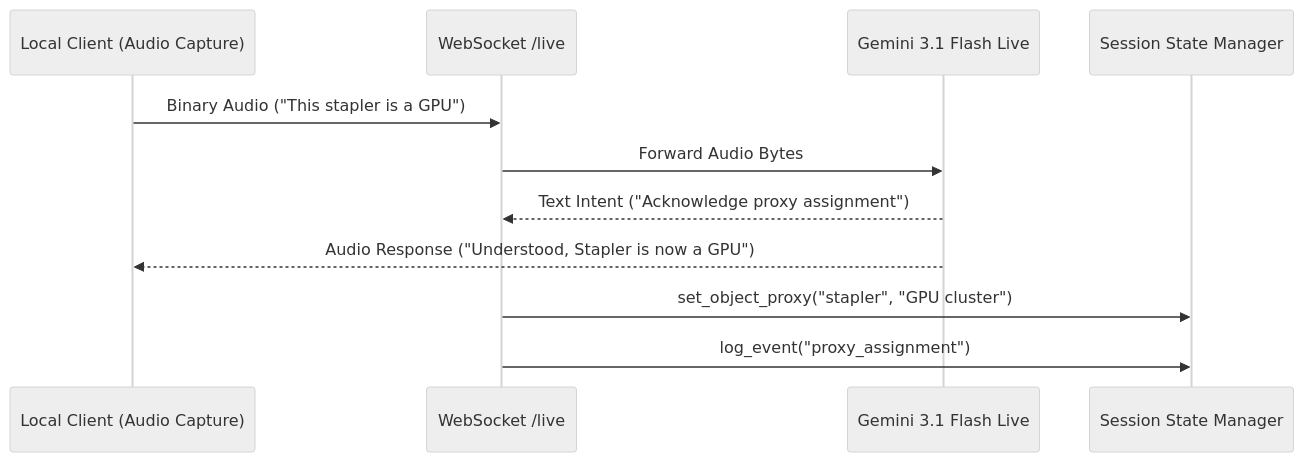
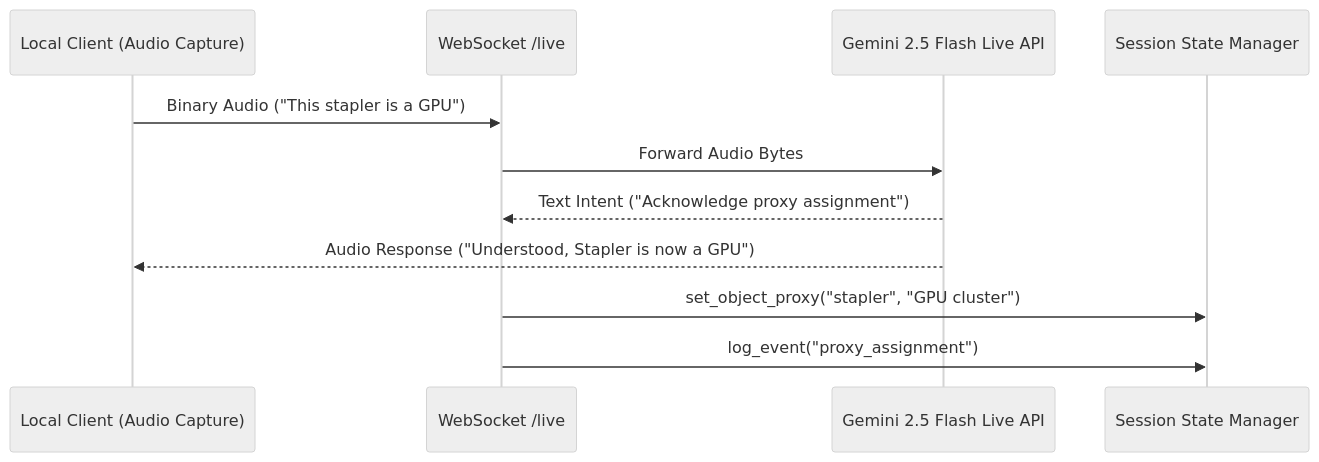
One commit to ithllc/FUSE changed the second of 3 diagrams in docs/architecture/MULTIMODAL_WORKFLOWS.md. Above: the diagram before and after it, drawn with Mermaid (neutral theme). The commit also changed other lines of this file and 22 other files, not shown here.

````diff
--- a/docs/architecture/MULTIMODAL_WORKFLOWS.md
+++ b/docs/architecture/MULTIMODAL_WORKFLOWS.md
@@ -24,14 +24,14 @@
 ```mermaid
 sequenceDiagram
     participant Client as Local Client (Audio Capture)
     participant Server as WebSocket /live
-    participant GeminiLive as Gemini 3.1 Flash Live
+    participant GeminiLive as Gemini 2.5 Flash Live API
     participant Redis as Session State Manager
 
     Client->>Server: Binary Audio ("This stapler is a GPU")
     Server->>GeminiLive: Forward Audio Bytes
     GeminiLive-->>Server: Text Intent ("Acknowledge proxy assignment")
     GeminiLive-->>Client: Audio Response ("Understood, Stapler is now a GPU")
     Server->>Redis: set_object_proxy("stapler", "GPU cluster")
     Server->>Redis: log_event("proxy_assignment")
 ```
````
